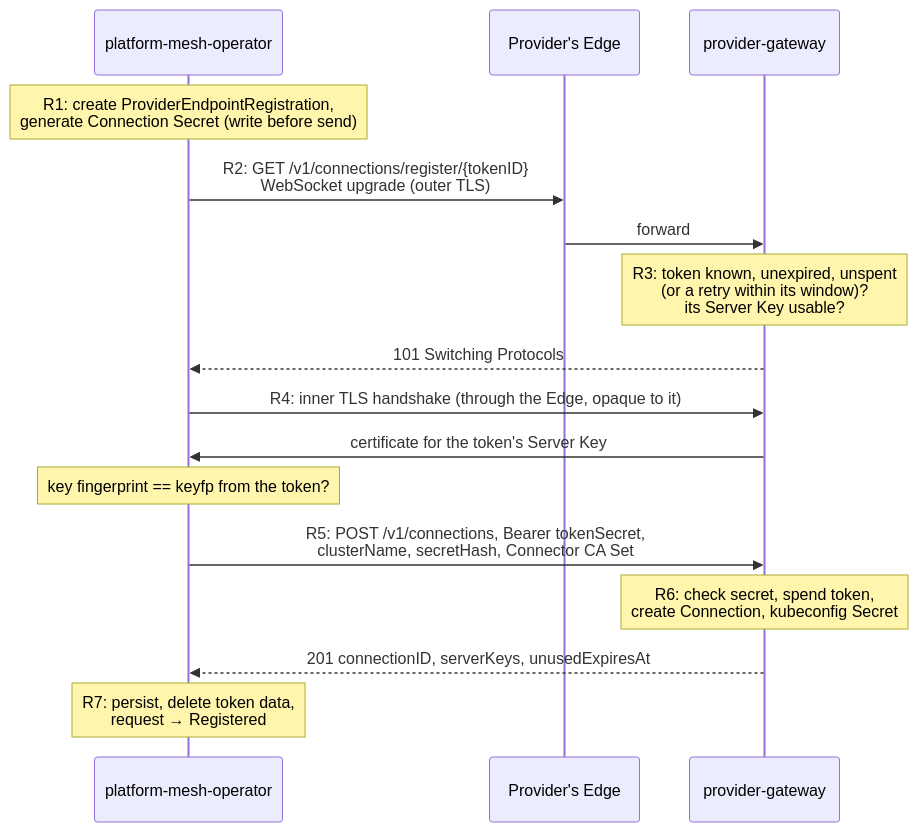
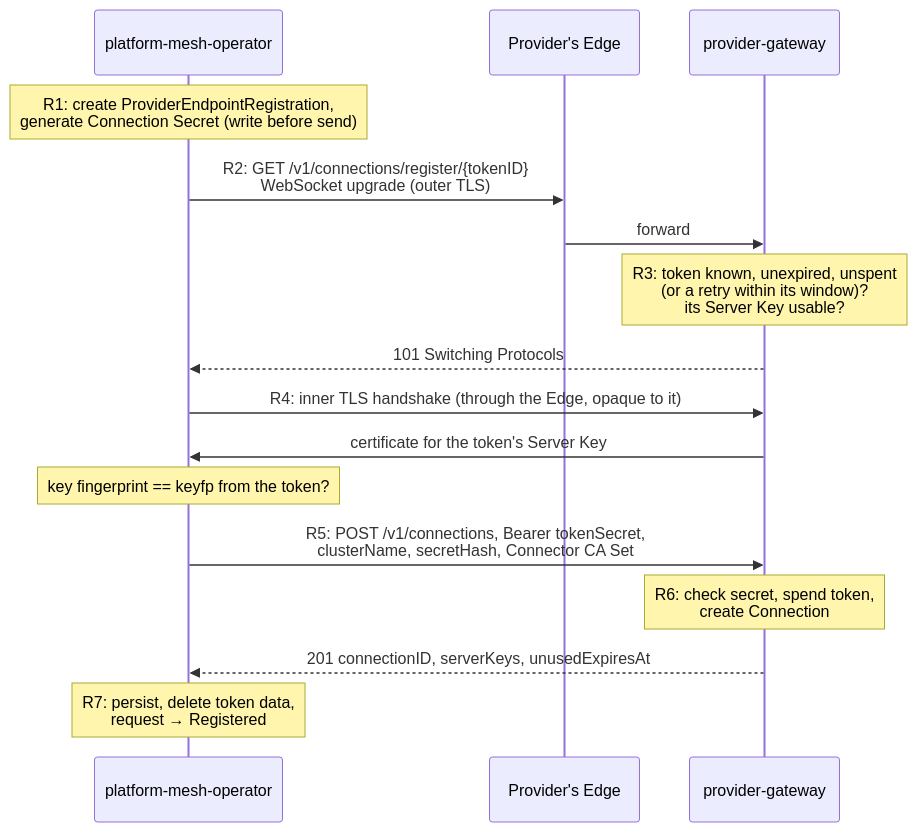
The first of 2 diagrams in rfc/xxx-notes-011-v5-flow-walkthrough.md (gman0/pm-architecture), drawn with Mermaid before and after one commit. The commit also changed other lines of this file and 3 other files, not shown here.

Commit message:
notes: fixes around cluster names, kubeconfig secret creation

````diff
--- a/rfc/xxx-notes-011-v5-flow-walkthrough.md
+++ b/rfc/xxx-notes-011-v5-flow-walkthrough.md
@@ -190,18 +190,18 @@
 ```mermaid
 sequenceDiagram
     participant O as platform-mesh-operator
     participant E as Provider's Edge
     participant G as provider-gateway
     Note over O: R1: create ProviderEndpointRegistration,<br/>generate Connection Secret (write before send)
     O->>E: R2: GET /v1/connections/register/{tokenID}<br/>WebSocket upgrade (outer TLS)
     E->>G: forward
     Note over G: R3: token known, unexpired, unspent<br/>(or a retry within its window)?<br/>its Server Key usable?
     G-->>O: 101 Switching Protocols
     O->>G: R4: inner TLS handshake (through the Edge, opaque to it)
     G->>O: certificate for the token's Server Key
     Note over O: key fingerprint == keyfp from the token?
     O->>G: R5: POST /v1/connections, Bearer tokenSecret,<br/>clusterName, secretHash, Connector CA Set
-    Note over G: R6: check secret, spend token,<br/>create Connection, kubeconfig Secret
+    Note over G: R6: check secret, spend token,<br/>create Connection
     G-->>O: 201 connectionID, serverKeys, unusedExpiresAt
     Note over O: R7: persist, delete token data,<br/>request → Registered
 ```
````
